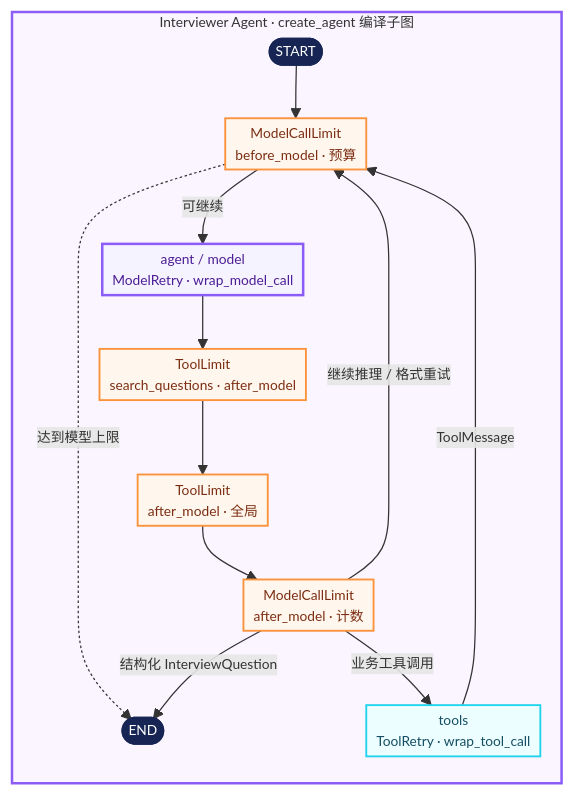
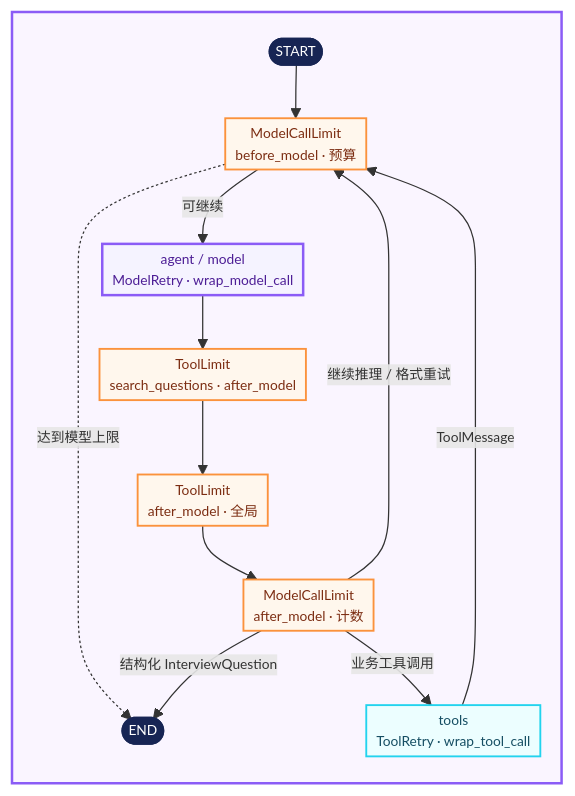
The second of 4 diagrams in README.md (Lucky-LMC/AI-Interview), drawn with Mermaid before and after one commit. The commit also changed other lines of this file, not shown here.

Commit message:
docs: refine workflow diagrams

````diff
--- a/README.md
+++ b/README.md
@@ -64,29 +64,29 @@
 ```mermaid
 %%{init: {"flowchart": {"nodeSpacing": 14, "rankSpacing": 18, "padding": 4}, "themeVariables": {"fontSize": "11px"}}}%%
 flowchart TB
-    subgraph interviewer_graph["Interviewer Agent · create_agent 编译子图"]
+    subgraph interviewer_graph[" "]
         direction TB
         start_i([START]) --> before_i["ModelCallLimit<br/>before_model · 预算"]
         before_i -- 可继续 --> agent_i["agent / model<br/>ModelRetry · wrap_model_call"]
         before_i -. 达到模型上限 .-> end_i([END])
         agent_i --> tool_i["ToolLimit<br/>search_questions · after_model"]
         tool_i --> global_i["ToolLimit<br/>after_model · 全局"]
         global_i --> after_i["ModelCallLimit<br/>after_model · 计数"]
         after_i -- 业务工具调用 --> tools_i["tools<br/>ToolRetry · wrap_tool_call"]
         tools_i -- ToolMessage --> before_i
         after_i -- 结构化 InterviewQuestion --> end_i([END])
         after_i -- 继续推理 / 格式重试 --> before_i
     end
 
     classDef terminal fill:#172554,color:#ffffff,stroke:#172554,stroke-width:2px;
     classDef middleware fill:#fff7ed,color:#7c2d12,stroke:#fb923c,stroke-width:1.5px;
     classDef agentCore fill:#f5f3ff,color:#4c1d95,stroke:#8b5cf6,stroke-width:2px;
     classDef tool fill:#ecfeff,color:#164e63,stroke:#22d3ee,stroke-width:1.5px;
 
     class start_i,end_i terminal;
     class before_i,tool_i,global_i,after_i middleware;
     class agent_i agentCore;
     class tools_i tool;
 
     style interviewer_graph fill:#faf5ff,stroke:#8b5cf6,stroke-width:2px;
 ```
````
